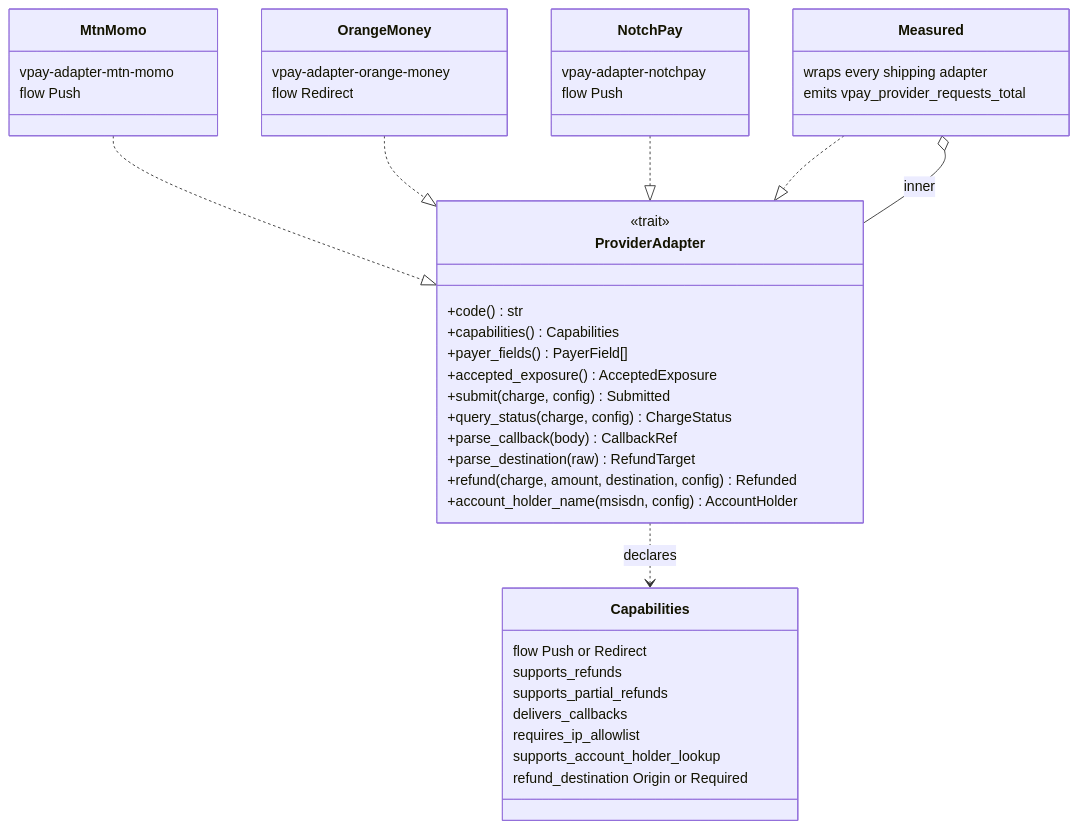
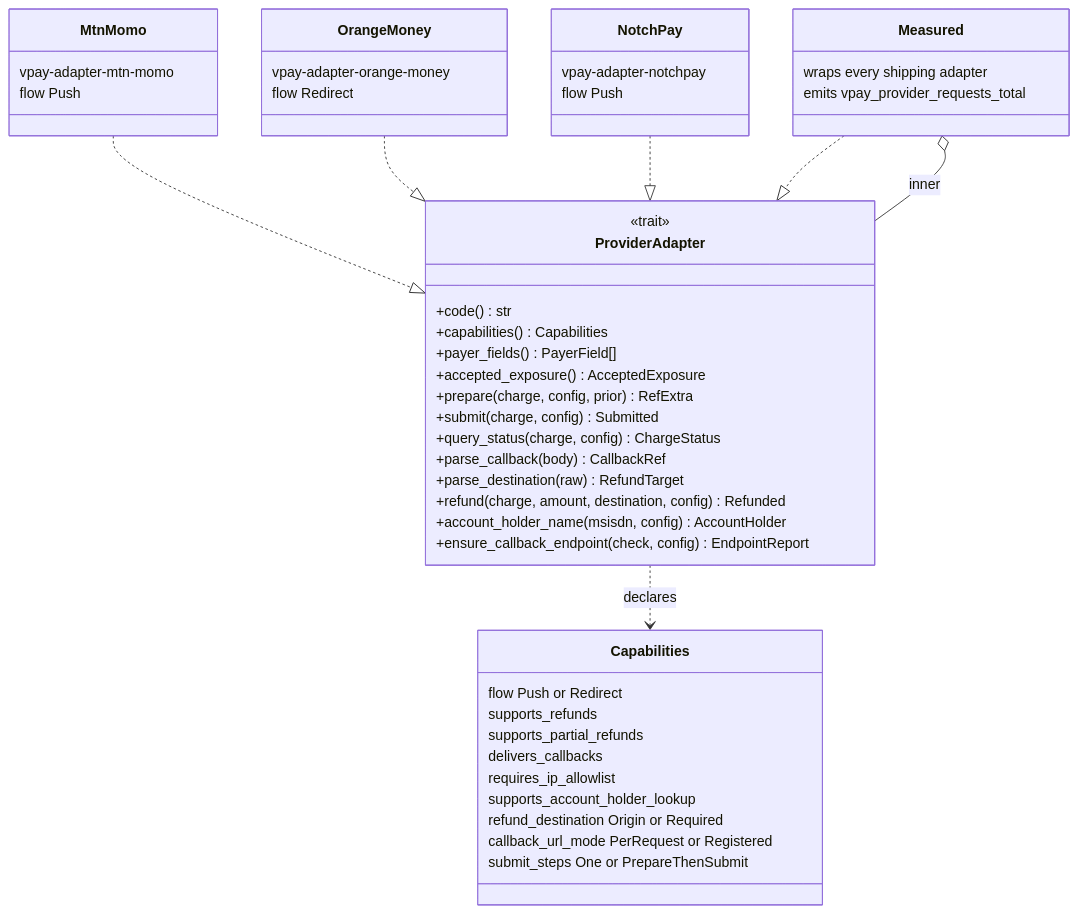
One commit to vaam-apps/vpay-docs changed the first of 3 diagrams in docs/rails/provider-port.md. Above: the diagram before and after it, drawn with Mermaid. The commit also changed other lines of this file and 24 other files, not shown here.

````diff
--- a/docs/rails/provider-port.md
+++ b/docs/rails/provider-port.md
@@ -49,47 +52,51 @@
 ```mermaid
 classDiagram
     class ProviderAdapter {
         <<trait>>
         +code() str
         +capabilities() Capabilities
         +payer_fields() PayerField[]
         +accepted_exposure() AcceptedExposure
+        +prepare(charge, config, prior) RefExtra
         +submit(charge, config) Submitted
         +query_status(charge, config) ChargeStatus
         +parse_callback(body) CallbackRef
         +parse_destination(raw) RefundTarget
         +refund(charge, amount, destination, config) Refunded
         +account_holder_name(msisdn, config) AccountHolder
+        +ensure_callback_endpoint(check, config) EndpointReport
     }
     class Capabilities {
         flow Push or Redirect
         supports_refunds
         supports_partial_refunds
         delivers_callbacks
         requires_ip_allowlist
         supports_account_holder_lookup
         refund_destination Origin or Required
+        callback_url_mode PerRequest or Registered
+        submit_steps One or PrepareThenSubmit
     }
     class Measured {
         wraps every shipping adapter
         emits vpay_provider_requests_total
     }
     class MtnMomo {
         vpay-adapter-mtn-momo
         flow Push
     }
     class OrangeMoney {
         vpay-adapter-orange-money
         flow Redirect
     }
     class NotchPay {
         vpay-adapter-notchpay
         flow Push
     }
     ProviderAdapter ..> Capabilities : declares
     MtnMomo ..|> ProviderAdapter
     OrangeMoney ..|> ProviderAdapter
     NotchPay ..|> ProviderAdapter
     Measured ..|> ProviderAdapter
     Measured o-- ProviderAdapter : inner
 ```
````
